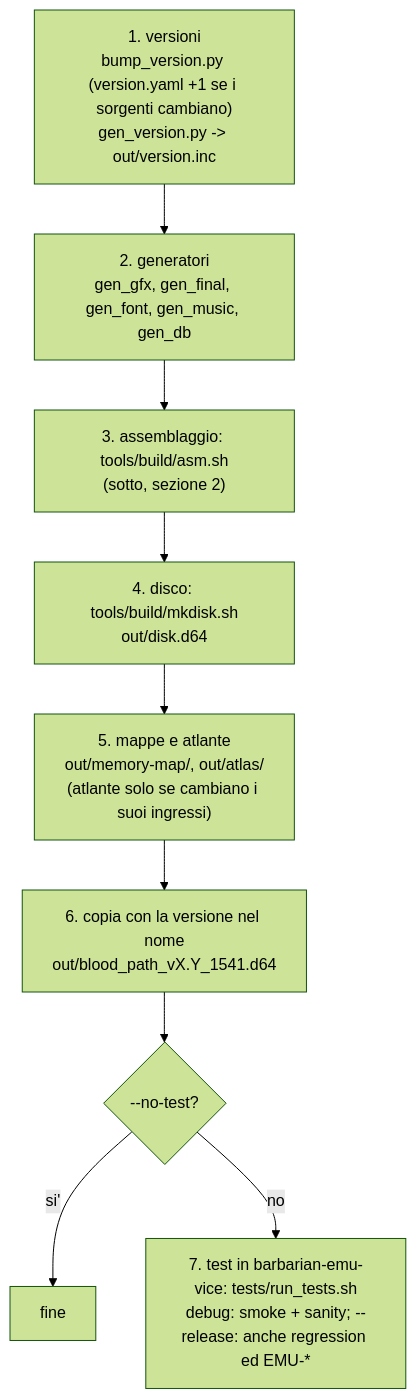
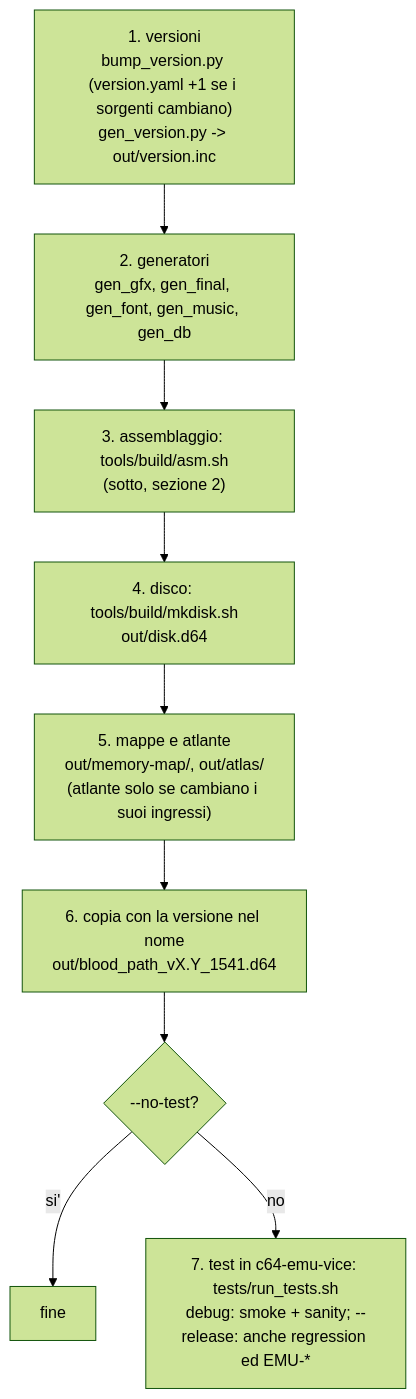
Before and after one commit to caporalesimone/barbarian-the-blood-path: the first of 4 diagrams in docs/build.md, drawn with Mermaid (forest theme). The commit also changed other lines of this file and 209 other files, not shown here.

````diff
--- a/docs/build.md
+++ b/docs/build.md
@@ -12,11 +12,11 @@
 ```mermaid
 flowchart TD
     V["1. versioni<br/>bump_version.py (version.yaml +1 se i sorgenti cambiano)<br/>gen_version.py -> out/version.inc"] --> G
     G["2. generatori<br/>gen_gfx, gen_final, gen_font, gen_music, gen_db"] --> A
     A["3. assemblaggio: tools/build/asm.sh<br/>(sotto, sezione 2)"] --> D
     D["4. disco: tools/build/mkdisk.sh<br/>out/disk.d64"] --> M
     M["5. mappe e atlante<br/>out/memory-map/, out/atlas/<br/>(atlante solo se cambiano i suoi ingressi)"] --> C
     C["6. copia con la versione nel nome<br/>out/blood_path_vX.Y_1541.d64"] --> T{"--no-test?"}
     T -->|si'| E1["fine"]
-    T -->|no| R["7. test in barbarian-emu-vice: tests/run_tests.sh<br/>debug: smoke + sanity; --release: anche regression ed EMU-*"]
+    T -->|no| R["7. test in c64-emu-vice: tests/run_tests.sh<br/>debug: smoke + sanity; --release: anche regression ed EMU-*"]
 ```
````
